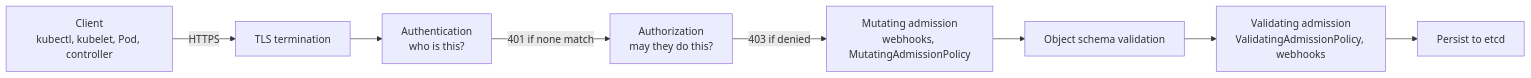
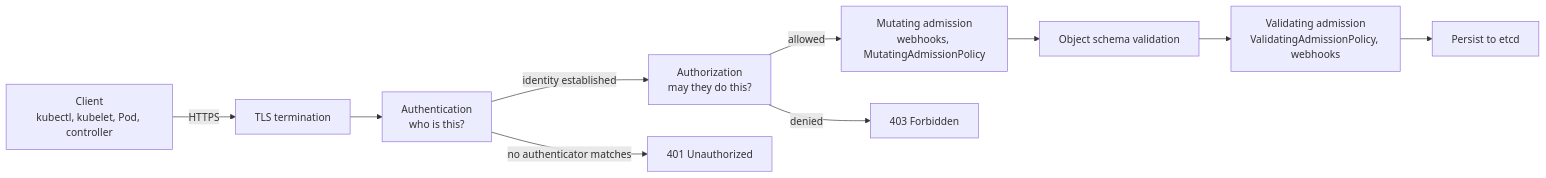
One commit to albertoirurueta/docs changed the diagram in modules/ROOT/pages/backend/kubernetes/authentication-authorization-and-rbac.adoc. Above: the diagram before and after it, drawn with Mermaid. The commit also changed other lines of this file and 31 other files, not shown here.

```diff
--- a/modules/ROOT/pages/backend/kubernetes/authentication-authorization-and-rbac.adoc
+++ b/modules/ROOT/pages/backend/kubernetes/authentication-authorization-and-rbac.adoc
@@ -21,11 +21,13 @@
 [mermaid]
 ....
 flowchart LR
   C["Client\nkubectl, kubelet, Pod, controller"] -->|HTTPS| TLS["TLS termination"]
   TLS --> AUTHN["Authentication\nwho is this?"]
-  AUTHN -->|401 if none match| AUTHZ["Authorization\nmay they do this?"]
-  AUTHZ -->|403 if denied| MUT["Mutating admission\nwebhooks, MutatingAdmissionPolicy"]
+  AUTHN -->|identity established| AUTHZ["Authorization\nmay they do this?"]
+  AUTHN -->|no authenticator matches| R401["401 Unauthorized"]
+  AUTHZ -->|allowed| MUT["Mutating admission\nwebhooks, MutatingAdmissionPolicy"]
+  AUTHZ -->|denied| R403["403 Forbidden"]
   MUT --> SCHEMA["Object schema validation"]
   SCHEMA --> VAL["Validating admission\nValidatingAdmissionPolicy, webhooks"]
   VAL --> ETCD["Persist to etcd"]
 ....
```
